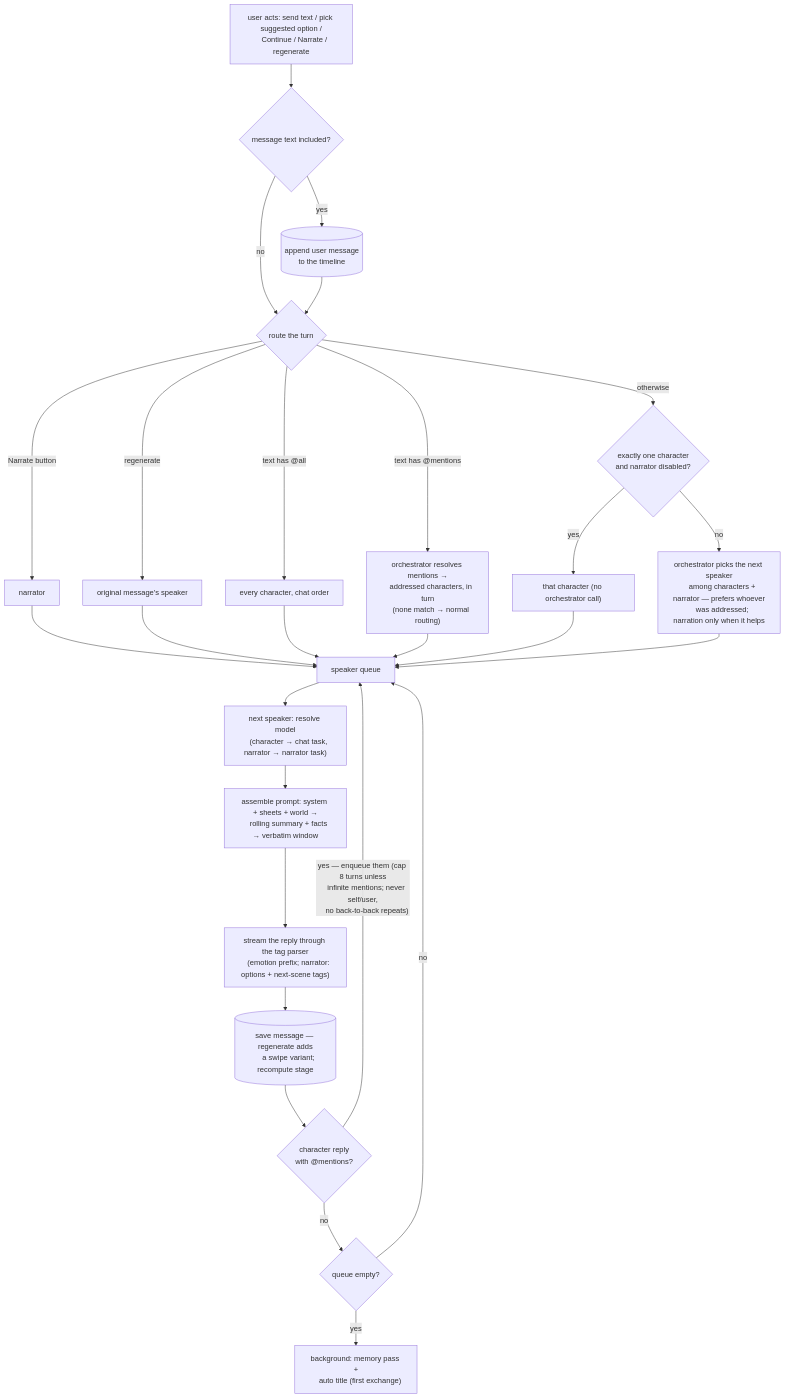
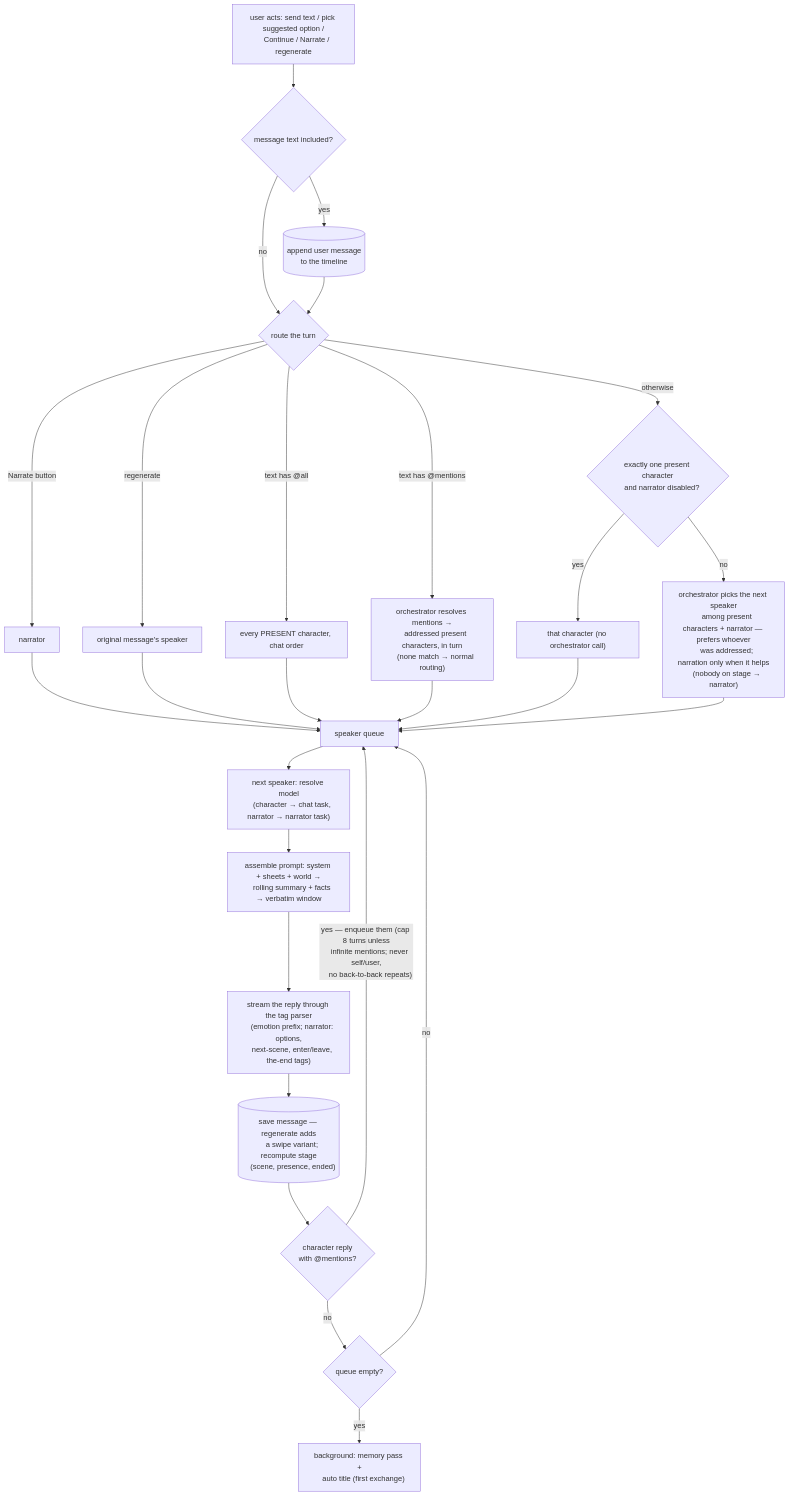
The diagram in SPEC.md (seancheung/animachat), drawn with Mermaid before and after one commit. The commit also changed other lines of this file and 31 other files, not shown here.

First line of the commit message:
feat: playthrough redesign — casual/immersive/story modes, stage presence, endings

````diff
--- a/SPEC.md
+++ b/SPEC.md
@@ -110,47 +116,50 @@
 ```mermaid
 flowchart TD
     U["user acts: send text / pick suggested option /
     Continue / Narrate / regenerate"] --> HasText{"message text included?"}
     HasText -- yes --> Save[("append user message
     to the timeline")]
     HasText -- no --> Route
     Save --> Route{"route the turn"}
 
     Route -- "Narrate button" --> Narr["narrator"]
     Route -- regenerate --> Regen["original message's speaker"]
-    Route -- "text has @all" --> All["every character, chat order"]
+    Route -- "text has @all" --> All["every PRESENT character, chat order"]
     Route -- "text has @mentions" --> Ment["orchestrator resolves mentions →
-    addressed characters, in turn
+    addressed present characters, in turn
     (none match → normal routing)"]
-    Route -- otherwise --> Single{"exactly one character
+    Route -- otherwise --> Single{"exactly one present character
     and narrator disabled?"}
     Single -- yes --> That["that character (no orchestrator call)"]
     Single -- no --> Orch["orchestrator picks the next speaker
-    among characters + narrator — prefers whoever
-    was addressed; narration only when it helps"]
+    among present characters + narrator — prefers whoever
+    was addressed; narration only when it helps
+    (nobody on stage → narrator)"]
 
     Narr --> Q["speaker queue"]
     Regen --> Q
     All --> Q
     Ment --> Q
     That --> Q
     Orch --> Q
 
     Q --> Turn["next speaker: resolve model
     (character → chat task, narrator → narrator task)"]
     Turn --> Prompt["assemble prompt: system + sheets + world →
     rolling summary + facts → verbatim window"]
     Prompt --> Stream["stream the reply through the tag parser
-    (emotion prefix; narrator: options + next-scene tags)"]
+    (emotion prefix; narrator: options,
+    next-scene, enter/leave, the-end tags)"]
     Stream --> Persist[("save message — regenerate adds
-    a swipe variant; recompute stage")]
+    a swipe variant; recompute stage
+    (scene, presence, ended)")]
     Persist --> Chain{"character reply
     with @mentions?"}
     Chain -- "yes — enqueue them (cap 8 turns unless
     infinite mentions; never self/user,
     no back-to-back repeats)" --> Q
     Chain -- no --> More{"queue empty?"}
     More -- no --> Q
     More -- yes --> Bg["background: memory pass +
     auto title (first exchange)"]
 ```
````
